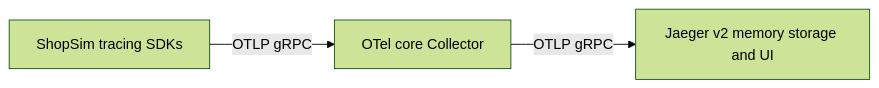
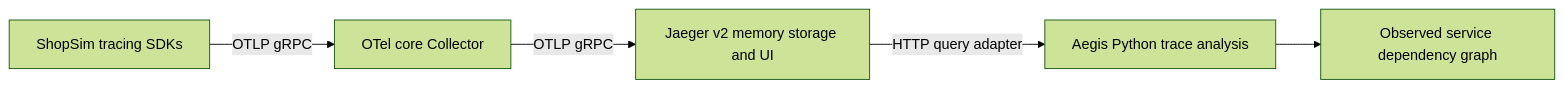
One commit to OzielSauceda/aegis-resilience-platform changed the second of 3 diagrams in docs/architecture/architecture-v0.md. Above: the diagram before and after it, drawn with Mermaid (forest theme). The commit also changed other lines of this file and 17 other files, not shown here.

Commit message:
feat: add trace analysis and dependency reconstruction

````diff
--- a/docs/architecture/architecture-v0.md
+++ b/docs/architecture/architecture-v0.md
@@ -36,5 +36,7 @@
 ```mermaid
 flowchart LR
     ShopSim[ShopSim tracing SDKs] -->|OTLP gRPC| Collector[OTel core Collector]
     Collector -->|OTLP gRPC| Jaeger[Jaeger v2 memory storage and UI]
+    Jaeger -->|HTTP query adapter| Analysis[Aegis Python trace analysis]
+    Analysis --> Graph[Observed service dependency graph]
 ```
````
